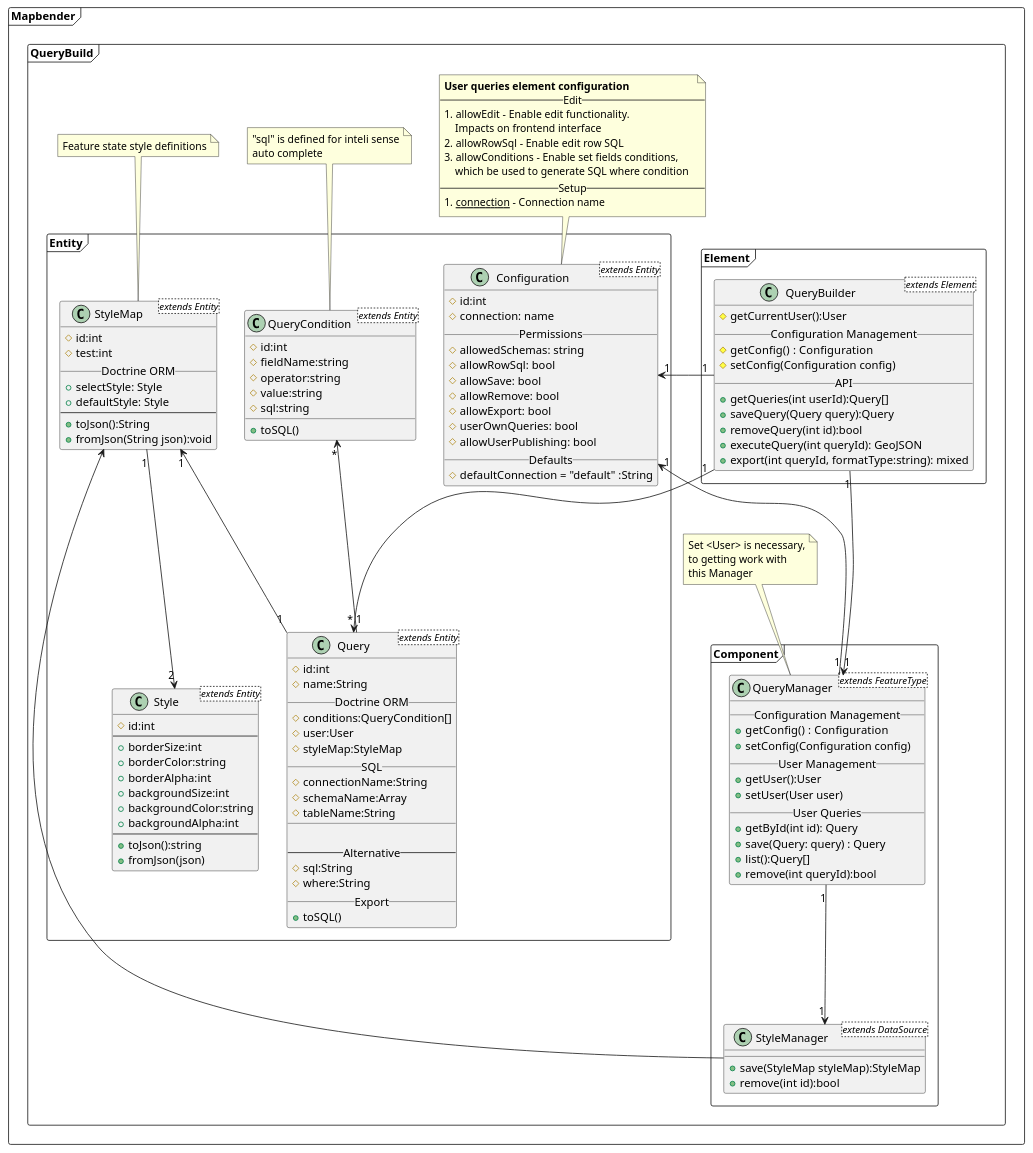
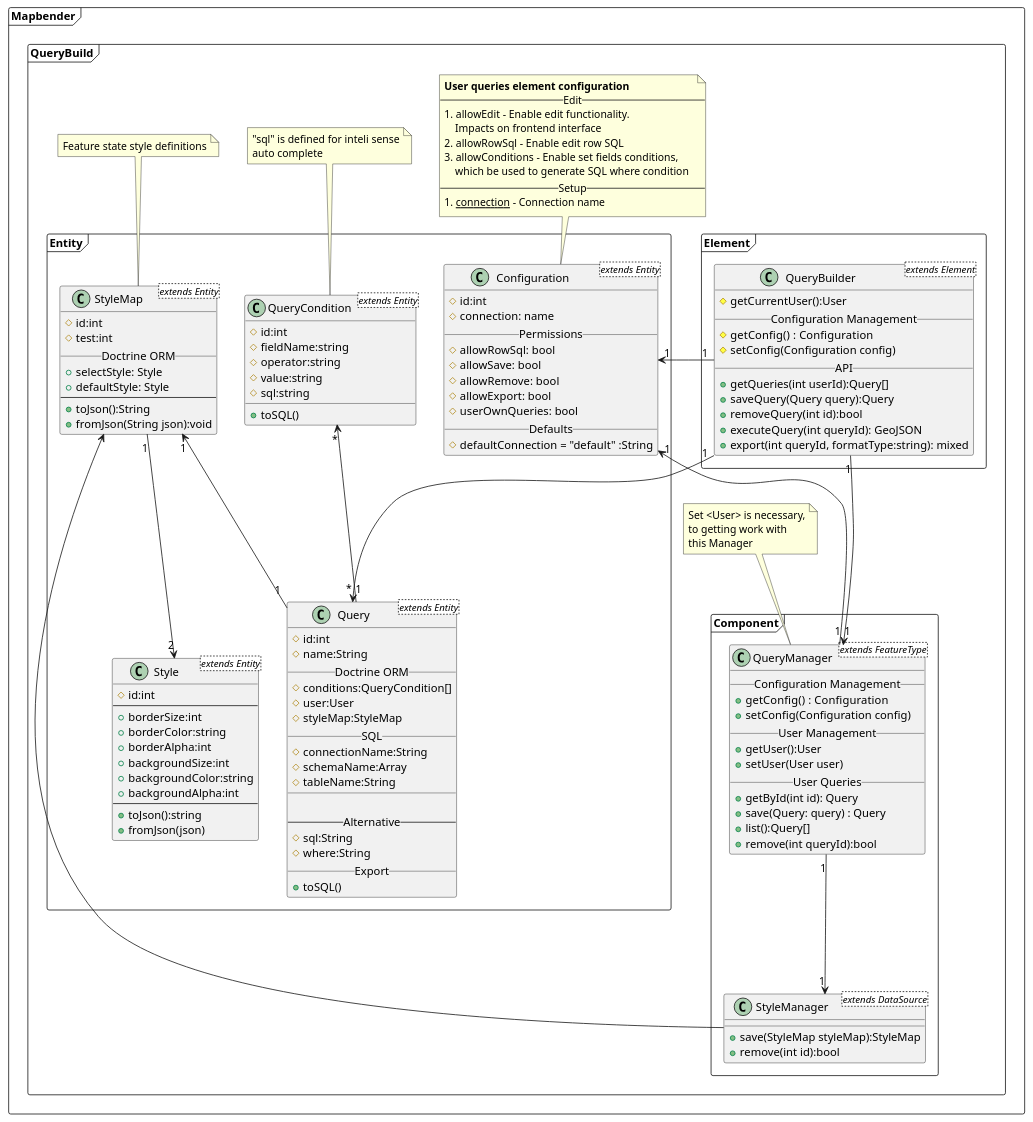
Before and after one commit to mapbender/query-builder: the diagram in Documents/QueryBuilder.puml, drawn with PlantUML. The commit also changed 2 other files, not shown here.

```diff
--- a/Documents/QueryBuilder.puml
+++ b/Documents/QueryBuilder.puml
@@ -1,155 +1,153 @@
 @startuml
 
 package Mapbender <<Frame>> {
 
   package QueryBuild <<Frame>>{
    package Entity <<Frame>> {
       class Query <extends Entity>{
         # id:int
         # name:String
         __ Doctrine ORM __
         # conditions:QueryCondition[]
         # user:User
         # styleMap:StyleMap
         __ SQL __
         # connectionName:String
         # schemaName:Array
         # tableName:String
         __
 
         -- Alternative --
         # sql:String
         # where:String
         __ Export __
         + toSQL()
       }
 
       class QueryCondition <extends Entity>{
         # id:int
         # fieldName:string
         # operator:string
         # value:string
         # sql:string
         __
         + toSQL()
       }
 
       class StyleMap <extends Entity>{
         # id:int
         # test:int
         __ Doctrine ORM __
         + selectStyle: Style
         + defaultStyle: Style
         ---
         + toJson():String
         + fromJson(String json):void
       }
 
       class Style <extends Entity>{
         # id:int
         --
         + borderSize:int
         + borderColor:string
         + borderAlpha:int
         + backgroundSize:int
         + backgroundColor:string
         + backgroundAlpha:int
         ---
         + toJson():string
         + fromJson(json)
       }
 
 
       class Configuration<extends Entity> {
         # id:int
         # connection: name
         __ Permissions __
-        # allowedSchemas: string
         # allowRowSql: bool
         # allowSave: bool
         # allowRemove: bool
         # allowExport: bool
         # userOwnQueries: bool
-        # allowUserPublishing: bool
         __ Defaults __
         # defaultConnection = "default" :String
       }
 
     }
     package Component <<Frame>>{
       
       class StyleManager <extends DataSource> {
         + save(StyleMap styleMap):StyleMap
         + remove(int id):bool
       }
       
       class QueryManager<extends FeatureType>{
           __ Configuration Management __
           + getConfig() :  Configuration
           + setConfig(Configuration config)
           __ User Management __
           + getUser():User
           + setUser(User user)
           __ User Queries __
           + getById(int id): Query
           + save(Query: query) : Query
           + list():Query[]
           + remove(int queryId):bool
       }
     }
 
     package Element <<Frame>>{
       class QueryBuilder <extends Element>{
          # getCurrentUser():User
          __ Configuration Management __
          # getConfig() :  Configuration
          # setConfig(Configuration config)
          __ API __
          + getQueries(int userId):Query[]
          + saveQuery(Query query):Query
          + removeQuery(int id):bool
          + executeQuery(int queryId): GeoJSON
          + export(int queryId, formatType:string): mixed
       }
     }
 
     note top of QueryManager
     Set <User> is necessary,
     to getting work with
     this Manager
     end note
 
 
     note top of Configuration
     <b>User queries element configuration</b>
     -- Edit --
     # allowEdit - Enable edit functionality.
         Impacts on frontend interface
     # allowRowSql - Enable edit row SQL
     # allowConditions - Enable set fields conditions,
         which be used to generate SQL where condition
     -- Setup --
     # <u>connection</u> - Connection name
     end note
 
     note top of QueryCondition
         "sql" is defined for inteli sense
         auto complete
     end note
 
     note top of StyleMap
         Feature state style definitions
     end note
 
     Configuration "1" <--- "1" QueryBuilder
     Configuration "1" <--- "1" QueryManager
     QueryBuilder "1" ---> "1" QueryManager
     QueryManager "1" ---> "1" StyleManager
     QueryCondition "*" <--- "1" Query
     StyleManager ---> StyleMap
     QueryBuilder "1" ---> "*" Query
     StyleMap "1" <--- "1" Query
     StyleMap "1" ---> "2" Style
   }
 }
 @enduml
```
